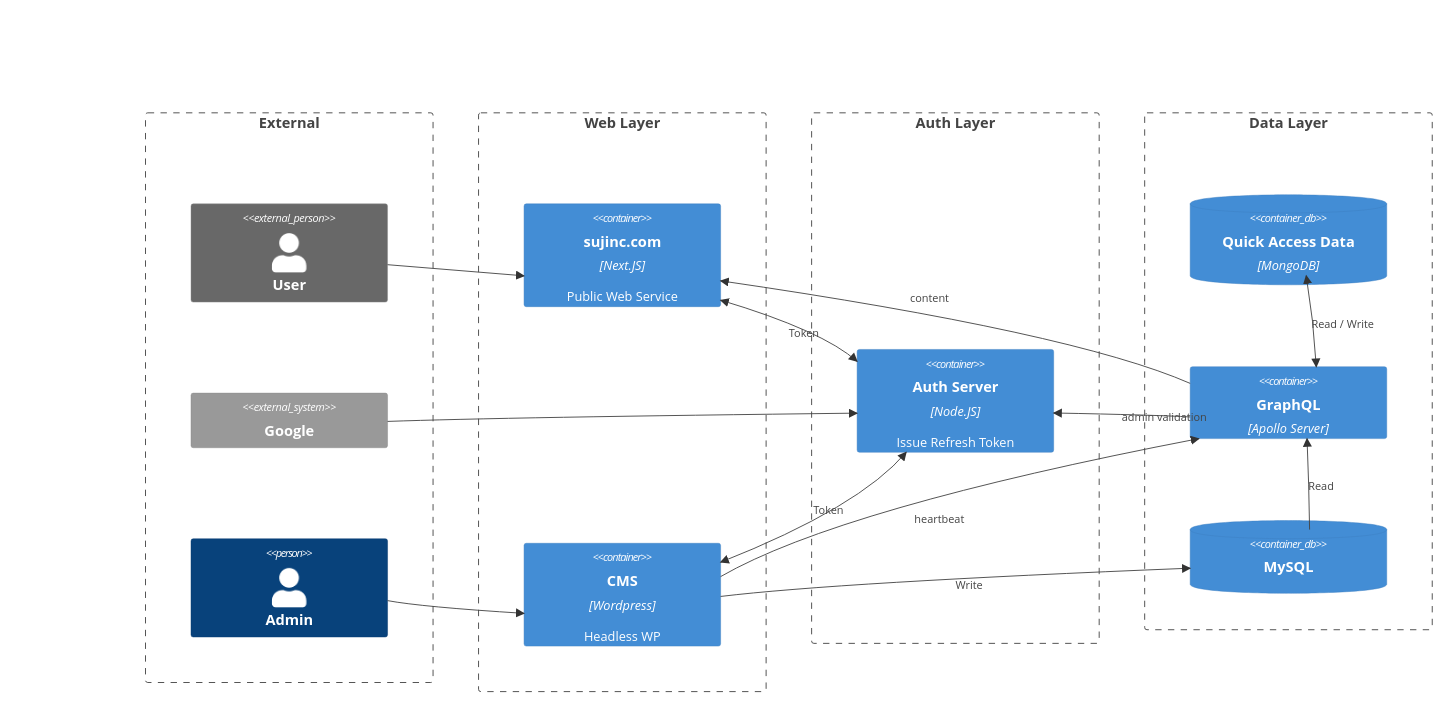
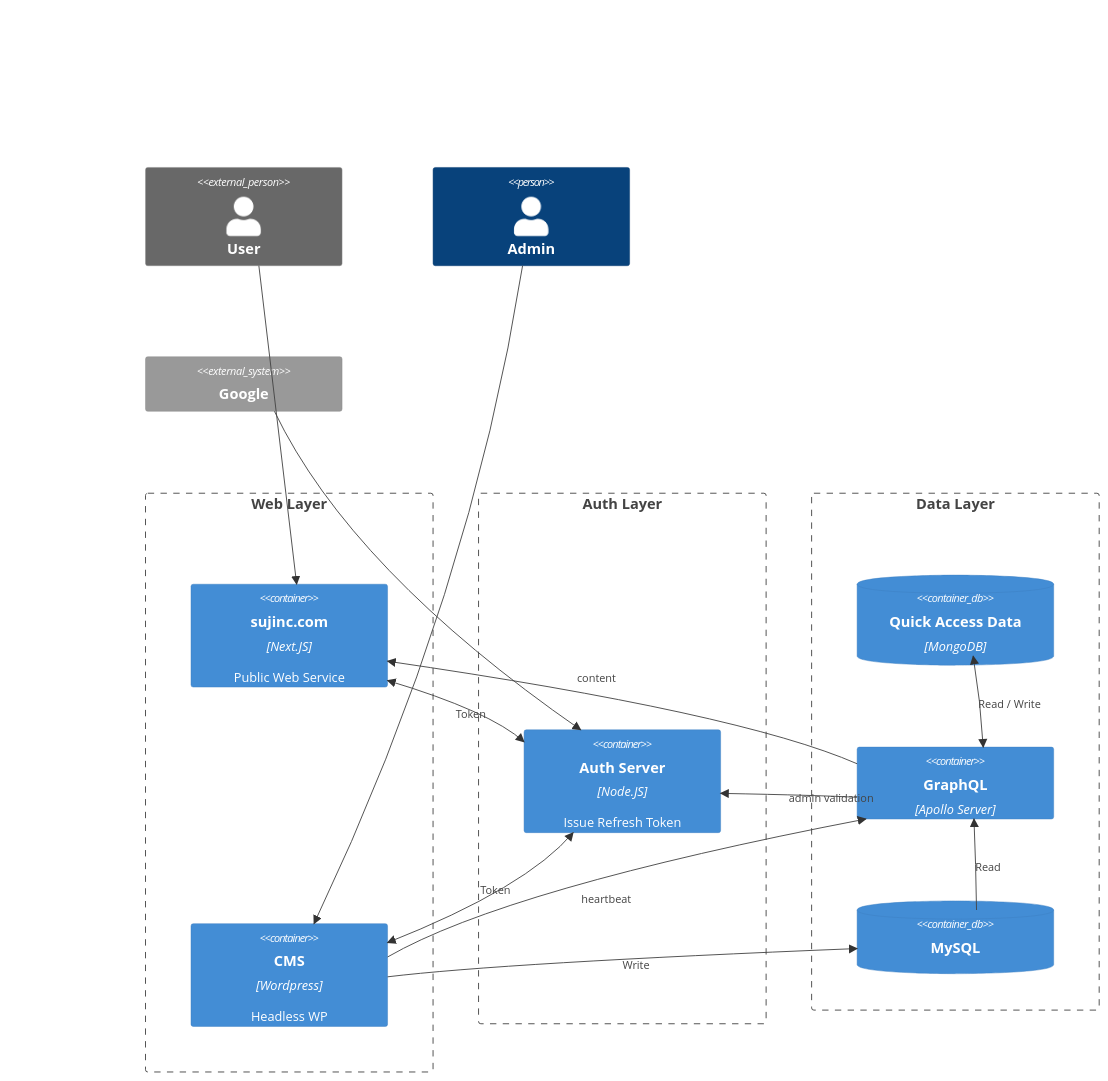
Before and after one commit to sujin2f/Sujin: the first of 2 diagrams in README.md, drawn with Mermaid.

Commit message:
Update C4 model layout configuration in README

````diff
--- a/README.md
+++ b/README.md
@@ -12,51 +12,49 @@
 ```mermaid
 C4Context
-    Boundary(test2, "External", "") {
-        Person_Ext(user, "User")
-        System_Ext(google, "Google")
-        Person(admin, "Admin")
-    }
+    Person_Ext(user, "User")
+    Person(admin, "Admin")
+    System_Ext(google, "Google")
 
     Boundary(web, "Web Layer", "") {
         Container(next, "sujinc.com", "Next.JS", "Public Web Service")
         Rel(user, next, "")
 
         Container(gap1, "")
         UpdateElementStyle(gap1, $fontColor="transparent", $bgColor="transparent", $borderColor="transparent")
 
         Container(wp, "CMS", "Wordpress", "Headless WP")
         Rel(admin, wp, "")
     }
 
     Boundary(auth, "Auth Layer", "") {
         Container(gap2, "")
         UpdateElementStyle(gap2, $fontColor="transparent", $bgColor="transparent", $borderColor="transparent")
 
         Container(auth, "Auth Server", "Node.JS", "Issue Refresh Token")
         Rel(google, auth, "")
         BiRel(auth, next, "Token")
         BiRel(auth, wp, "Token")
 
         Container(gap3, "")
         UpdateElementStyle(gap3, $fontColor="transparent", $bgColor="transparent", $borderColor="transparent")
     }
 
 
     Boundary(gql_b, "Data Layer", "") {
         ContainerDb(mongo, "Quick Access Data", "MongoDB")
 
         Container(gql, "GraphQL", "Apollo Server", "")
         Rel(gql, next, "content")
         UpdateRelStyle(gql, next, $offsetY="-40", $offsetX="-50")
         Rel(wp, gql, "heartbeat")
         UpdateRelStyle(wp, gql, $offsetY="10", $offsetX="-50")
         BiRel(gql, mongo, "Read / Write")
         Rel(gql, auth, "admin validation")
 
         ContainerDb(mysql, "MySQL")
         Rel(mysql, gql, "Read")
         Rel(wp, mysql, "Write")
     }
 
-    UpdateLayoutConfig($c4ShapeInRow="1", $c4BoundaryInRow="4")
+    UpdateLayoutConfig($c4ShapeInRow="3", $c4BoundaryInRow="4")
 ```
````
